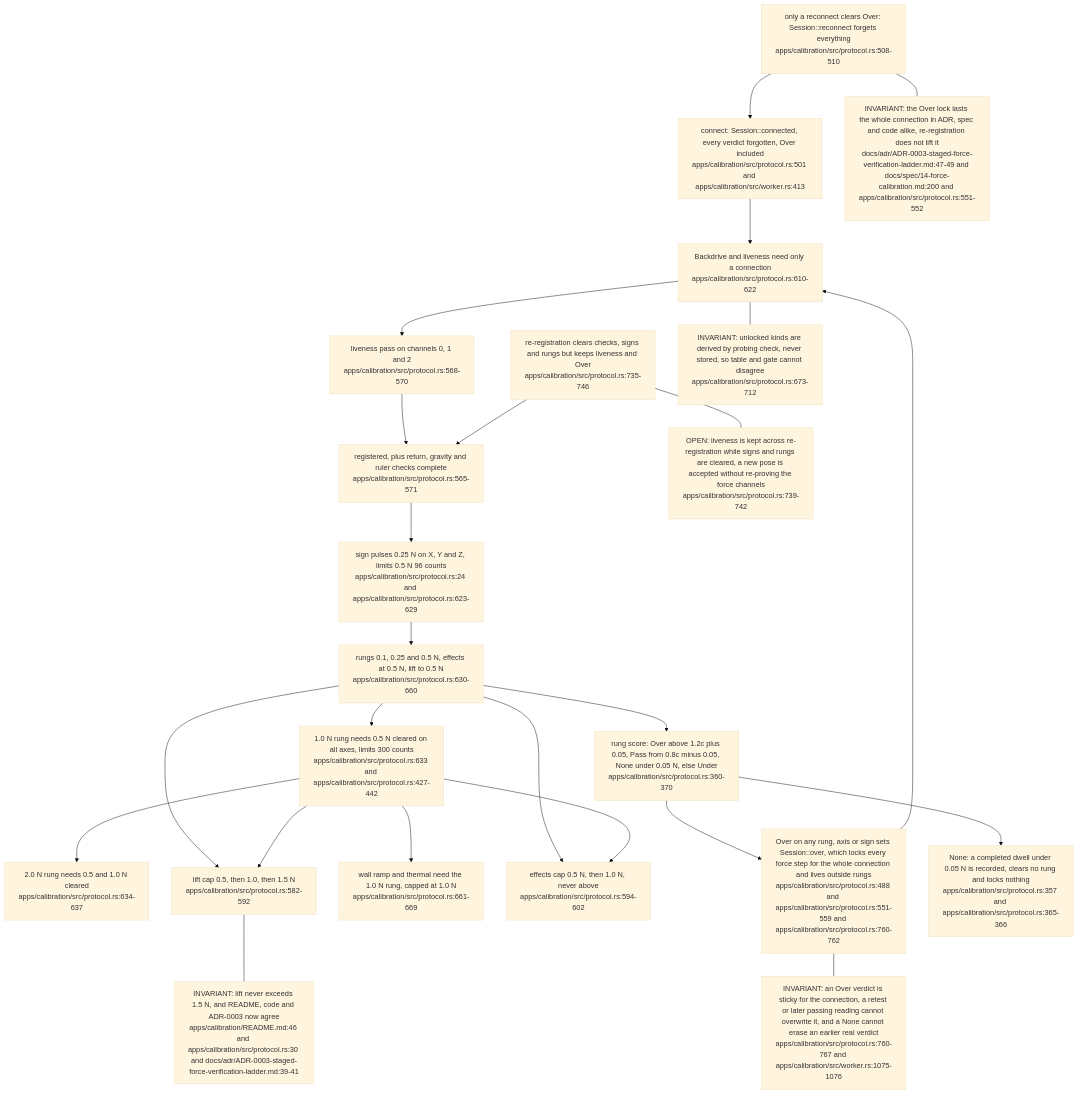
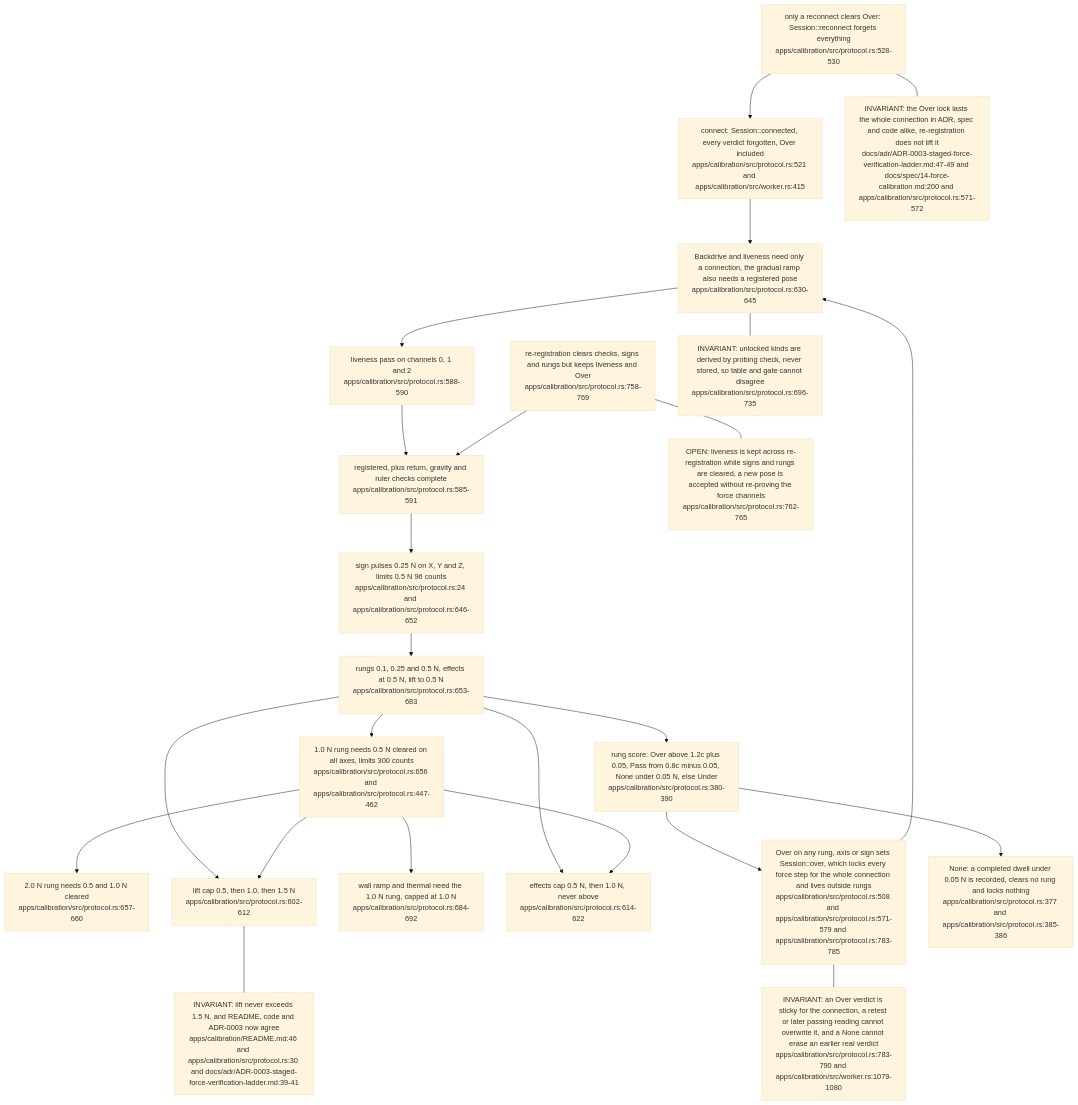
One commit to DreamLab-AI/VisionFlow changed the second of 7 diagrams in docs/diagrams/visiontouch-rs/08-calibration-studio-and-verification-ladder.md. Above: the diagram before and after it, drawn with Mermaid (base theme). The commit also changed other lines of this file and 160 other files, not shown here.

````diff
--- a/docs/diagrams/visiontouch-rs/08-calibration-studio-and-verification-ladder.md
+++ b/docs/diagrams/visiontouch-rs/08-calibration-studio-and-verification-ladder.md
@@ -73,47 +79,47 @@
 ```mermaid
 flowchart TB
-    CON["connect: Session::connected, every verdict forgotten, Over included<br/>apps/calibration/src/protocol.rs:501 and apps/calibration/src/worker.rs:413"]
-    BASE["Backdrive and liveness need only a connection<br/>apps/calibration/src/protocol.rs:610-622"]
-    LIVE["liveness pass on channels 0, 1 and 2<br/>apps/calibration/src/protocol.rs:568-570"]
-    REG["registered, plus return, gravity and ruler checks complete<br/>apps/calibration/src/protocol.rs:565-571"]
-    SIGN["sign pulses 0.25 N on X, Y and Z, limits 0.5 N 96 counts<br/>apps/calibration/src/protocol.rs:24 and apps/calibration/src/protocol.rs:623-629"]
-    R1["rungs 0.1, 0.25 and 0.5 N, effects at 0.5 N, lift to 0.5 N<br/>apps/calibration/src/protocol.rs:630-660"]
-    R2["1.0 N rung needs 0.5 N cleared on all axes, limits 300 counts<br/>apps/calibration/src/protocol.rs:633 and apps/calibration/src/protocol.rs:427-442"]
-    R3["2.0 N rung needs 0.5 and 1.0 N cleared<br/>apps/calibration/src/protocol.rs:634-637"]
-    LIFT["lift cap 0.5, then 1.0, then 1.5 N<br/>apps/calibration/src/protocol.rs:582-592"]
-    WALL["wall ramp and thermal need the 1.0 N rung, capped at 1.0 N<br/>apps/calibration/src/protocol.rs:661-669"]
-    FX["effects cap 0.5 N, then 1.0 N, never above<br/>apps/calibration/src/protocol.rs:594-602"]
-    OVER["Over on any rung, axis or sign sets Session::over, which locks every force step for the whole connection and lives outside rungs<br/>apps/calibration/src/protocol.rs:488 and apps/calibration/src/protocol.rs:551-559 and apps/calibration/src/protocol.rs:760-762"]
-    CLR["re-registration clears checks, signs and rungs but keeps liveness and Over<br/>apps/calibration/src/protocol.rs:735-746"]
-    RECON["only a reconnect clears Over: Session::reconnect forgets everything<br/>apps/calibration/src/protocol.rs:508-510"]
-    NONE["None: a completed dwell under 0.05 N is recorded, clears no rung and locks nothing<br/>apps/calibration/src/protocol.rs:357 and apps/calibration/src/protocol.rs:365-366"]
-    SCORE["rung score: Over above 1.2c plus 0.05, Pass from 0.8c minus 0.05, None under 0.05 N, else Under<br/>apps/calibration/src/protocol.rs:360-370"]
+    CON["connect: Session::connected, every verdict forgotten, Over included<br/>apps/calibration/src/protocol.rs:521 and apps/calibration/src/worker.rs:415"]
+    BASE["Backdrive and liveness need only a connection, the gradual ramp also needs a registered pose<br/>apps/calibration/src/protocol.rs:630-645"]
+    LIVE["liveness pass on channels 0, 1 and 2<br/>apps/calibration/src/protocol.rs:588-590"]
+    REG["registered, plus return, gravity and ruler checks complete<br/>apps/calibration/src/protocol.rs:585-591"]
+    SIGN["sign pulses 0.25 N on X, Y and Z, limits 0.5 N 96 counts<br/>apps/calibration/src/protocol.rs:24 and apps/calibration/src/protocol.rs:646-652"]
+    R1["rungs 0.1, 0.25 and 0.5 N, effects at 0.5 N, lift to 0.5 N<br/>apps/calibration/src/protocol.rs:653-683"]
+    R2["1.0 N rung needs 0.5 N cleared on all axes, limits 300 counts<br/>apps/calibration/src/protocol.rs:656 and apps/calibration/src/protocol.rs:447-462"]
+    R3["2.0 N rung needs 0.5 and 1.0 N cleared<br/>apps/calibration/src/protocol.rs:657-660"]
+    LIFT["lift cap 0.5, then 1.0, then 1.5 N<br/>apps/calibration/src/protocol.rs:602-612"]
+    WALL["wall ramp and thermal need the 1.0 N rung, capped at 1.0 N<br/>apps/calibration/src/protocol.rs:684-692"]
+    FX["effects cap 0.5 N, then 1.0 N, never above<br/>apps/calibration/src/protocol.rs:614-622"]
+    OVER["Over on any rung, axis or sign sets Session::over, which locks every force step for the whole connection and lives outside rungs<br/>apps/calibration/src/protocol.rs:508 and apps/calibration/src/protocol.rs:571-579 and apps/calibration/src/protocol.rs:783-785"]
+    CLR["re-registration clears checks, signs and rungs but keeps liveness and Over<br/>apps/calibration/src/protocol.rs:758-769"]
+    RECON["only a reconnect clears Over: Session::reconnect forgets everything<br/>apps/calibration/src/protocol.rs:528-530"]
+    NONE["None: a completed dwell under 0.05 N is recorded, clears no rung and locks nothing<br/>apps/calibration/src/protocol.rs:377 and apps/calibration/src/protocol.rs:385-386"]
+    SCORE["rung score: Over above 1.2c plus 0.05, Pass from 0.8c minus 0.05, None under 0.05 N, else Under<br/>apps/calibration/src/protocol.rs:380-390"]
     CON --> BASE
     BASE --> LIVE
     LIVE --> REG
     REG --> SIGN
     SIGN --> R1
     R1 --> R2
     R2 --> R3
     R1 --> LIFT
     R2 --> LIFT
     R2 --> WALL
     R1 --> FX
     R2 --> FX
     R1 --> SCORE
     SCORE --> OVER
     SCORE --> NONE
     OVER --> BASE
     CLR --> REG
     RECON --> CON
-    N1["INVARIANT: an Over verdict is sticky for the connection, a retest or later passing reading cannot overwrite it, and a None cannot erase an earlier real verdict<br/>apps/calibration/src/protocol.rs:760-767 and apps/calibration/src/worker.rs:1075-1076"]
-    N2["INVARIANT: unlocked kinds are derived by probing check, never stored, so table and gate cannot disagree<br/>apps/calibration/src/protocol.rs:673-712"]
+    N1["INVARIANT: an Over verdict is sticky for the connection, a retest or later passing reading cannot overwrite it, and a None cannot erase an earlier real verdict<br/>apps/calibration/src/protocol.rs:783-790 and apps/calibration/src/worker.rs:1079-1080"]
+    N2["INVARIANT: unlocked kinds are derived by probing check, never stored, so table and gate cannot disagree<br/>apps/calibration/src/protocol.rs:696-735"]
     N3["INVARIANT: lift never exceeds 1.5 N, and README, code and ADR-0003 now agree<br/>apps/calibration/README.md:46 and apps/calibration/src/protocol.rs:30 and docs/adr/ADR-0003-staged-force-verification-ladder.md:39-41"]
-    N4["OPEN: liveness is kept across re-registration while signs and rungs are cleared, a new pose is accepted without re-proving the force channels<br/>apps/calibration/src/protocol.rs:739-742"]
-    N5["INVARIANT: the Over lock lasts the whole connection in ADR, spec and code alike, re-registration does not lift it<br/>docs/adr/ADR-0003-staged-force-verification-ladder.md:47-49 and docs/spec/14-force-calibration.md:200 and apps/calibration/src/protocol.rs:551-552"]
+    N4["OPEN: liveness is kept across re-registration while signs and rungs are cleared, a new pose is accepted without re-proving the force channels<br/>apps/calibration/src/protocol.rs:762-765"]
+    N5["INVARIANT: the Over lock lasts the whole connection in ADR, spec and code alike, re-registration does not lift it<br/>docs/adr/ADR-0003-staged-force-verification-ladder.md:47-49 and docs/spec/14-force-calibration.md:200 and apps/calibration/src/protocol.rs:571-572"]
     OVER --- N1
     RECON --- N5
     BASE --- N2
     LIFT --- N3
     CLR --- N4
 ```
````
